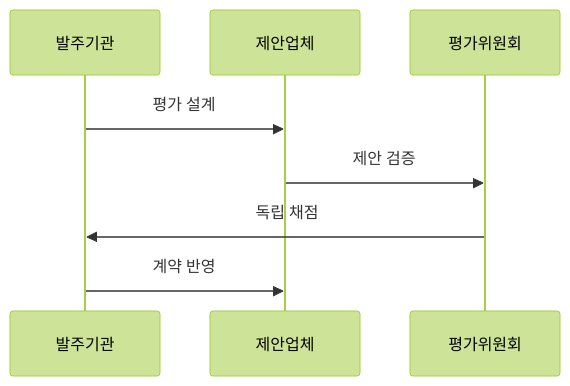
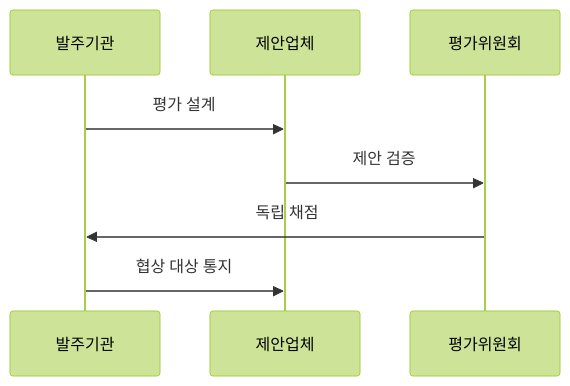
The second of 2 diagrams in src/content/docs/notes/07-law-policy/019_sw_technology_evaluation.md (agnusdei1207/knowledge-base), drawn with Mermaid (forest theme) before and after one commit. The commit also changed other lines of this file and 27 other files, not shown here.

````diff
--- a/src/content/docs/notes/07-law-policy/019_sw_technology_evaluation.md
+++ b/src/content/docs/notes/07-law-policy/019_sw_technology_evaluation.md
@@ -76,10 +76,10 @@
 ```mermaid
 sequenceDiagram
     participant 발주기관
     participant 제안업체
     participant 평가위원회
     발주기관->>제안업체: 평가 설계
     제안업체->>평가위원회: 제안 검증
     평가위원회->>발주기관: 독립 채점
-    발주기관->>제안업체: 계약 반영
+    발주기관->>제안업체: 협상 대상 통지
 ```
````
